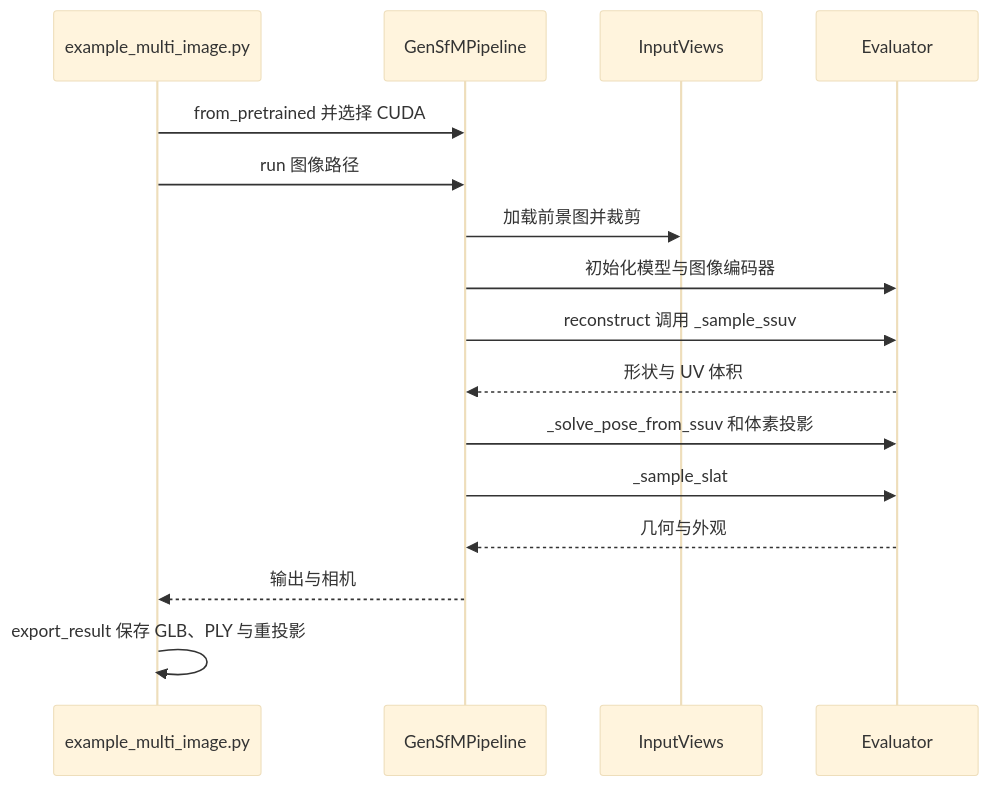
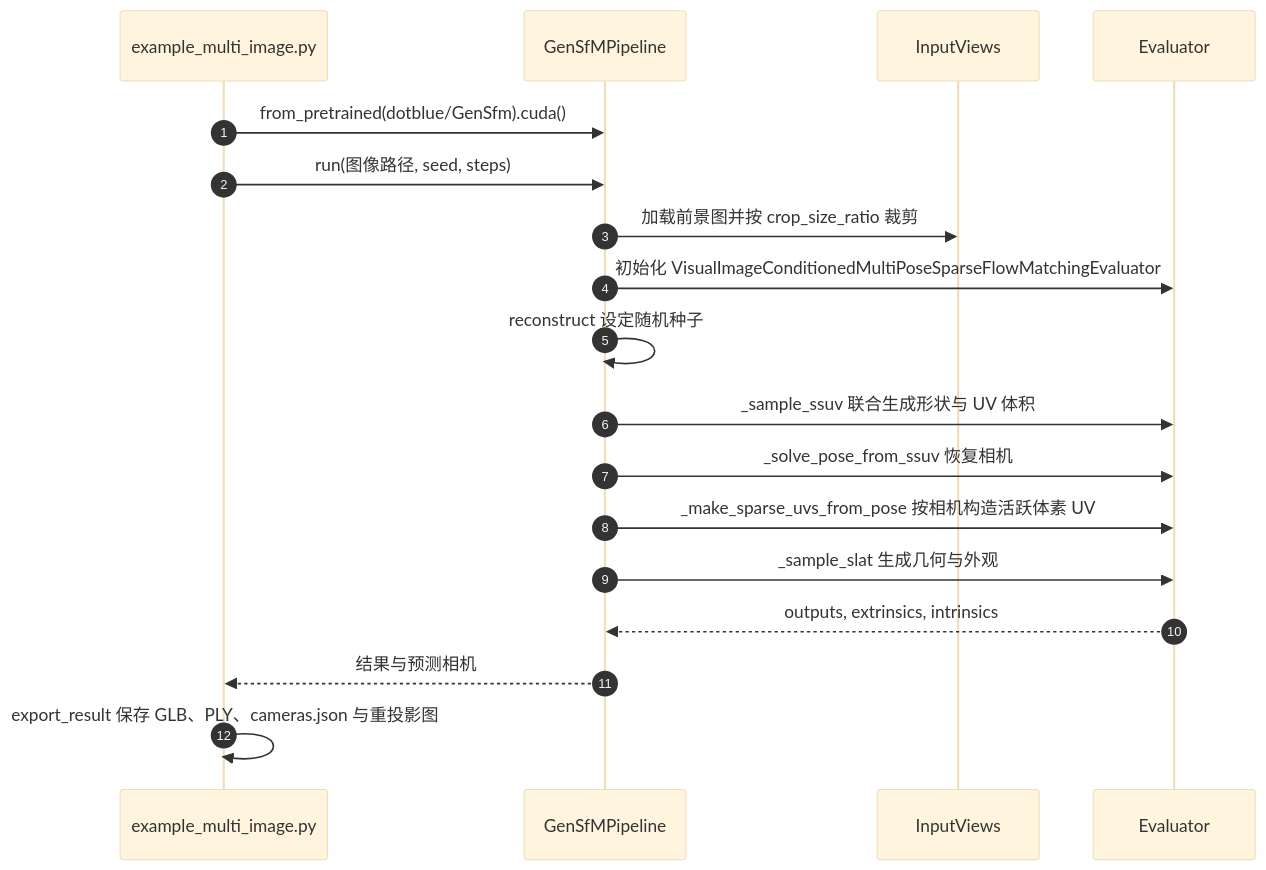
Before and after one commit to ImChong/Robotics_Notebooks: the second of 2 diagrams in wiki/entities/paper-gensfm.md, drawn with Mermaid (base theme). The commit also changed other lines of this file, not shown here.

````diff
--- a/wiki/entities/paper-gensfm.md
+++ b/wiki/entities/paper-gensfm.md
@@ -66,18 +88,20 @@
 ```mermaid
 sequenceDiagram
+  autonumber
   participant CLI as example_multi_image.py
   participant P as GenSfMPipeline
   participant I as InputViews
   participant E as Evaluator
-  CLI->>P: from_pretrained 并选择 CUDA
-  CLI->>P: run 图像路径
-  P->>I: 加载前景图并裁剪
-  P->>E: 初始化模型与图像编码器
-  P->>E: reconstruct 调用 _sample_ssuv
-  E-->>P: 形状与 UV 体积
-  P->>E: _solve_pose_from_ssuv 和体素投影
-  P->>E: _sample_slat
-  E-->>P: 几何与外观
-  P-->>CLI: 输出与相机
-  CLI->>CLI: export_result 保存 GLB、PLY 与重投影
+  CLI->>P: from_pretrained(dotblue/GenSfm).cuda()
+  CLI->>P: run(图像路径, seed, steps)
+  P->>I: 加载前景图并按 crop_size_ratio 裁剪
+  P->>E: 初始化 VisualImageConditionedMultiPoseSparseFlowMatchingEvaluator
+  P->>P: reconstruct 设定随机种子
+  P->>E: _sample_ssuv 联合生成形状与 UV 体积
+  P->>E: _solve_pose_from_ssuv 恢复相机
+  P->>E: _make_sparse_uvs_from_pose 按相机构造活跃体素 UV
+  P->>E: _sample_slat 生成几何与外观
+  E-->>P: outputs, extrinsics, intrinsics
+  P-->>CLI: 结果与预测相机
+  CLI->>CLI: export_result 保存 GLB、PLY、cameras.json 与重投影图
 ```
````
